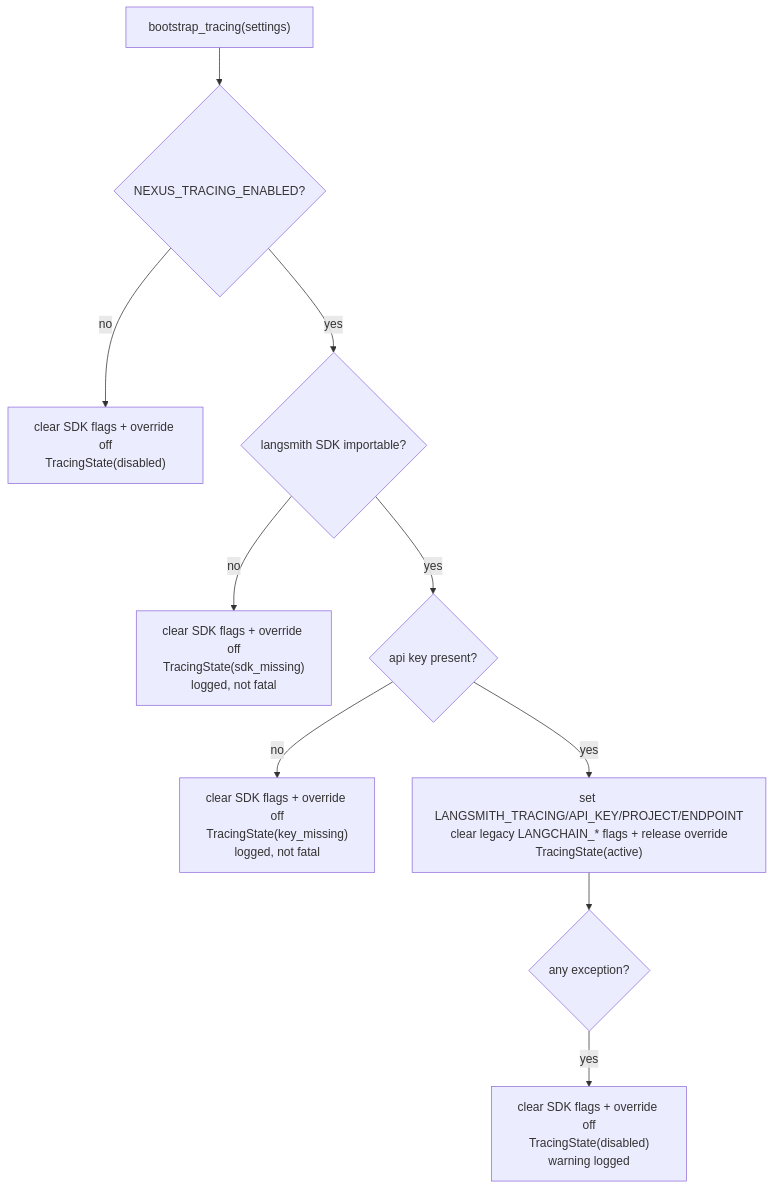
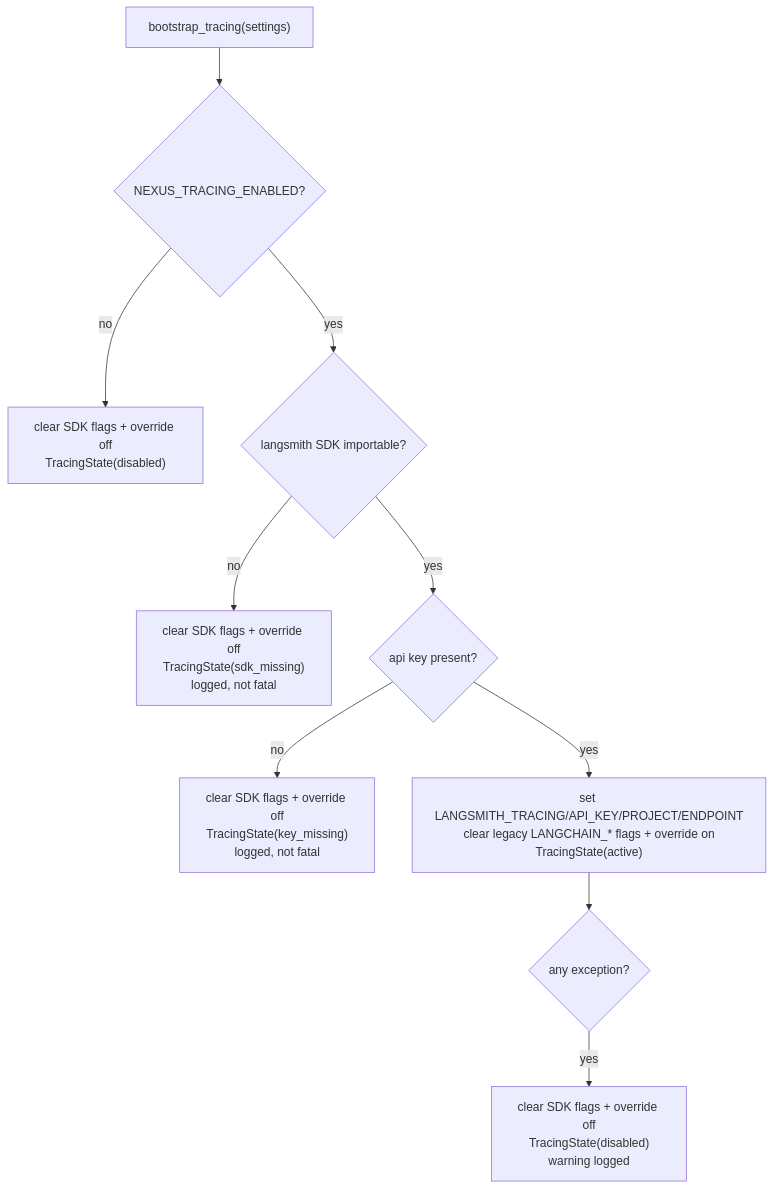
The diagram in docs/architecture/TRACING.md (bot523h/nexus-ai-agent), drawn with Mermaid before and after one commit. The commit also changed other lines of this file and 3 other files, not shown here.

````diff
--- a/docs/architecture/TRACING.md
+++ b/docs/architecture/TRACING.md
@@ -47,12 +47,12 @@
 ```mermaid
 flowchart TD
     start["bootstrap_tracing(settings)"] --> enabled{"NEXUS_TRACING_ENABLED?"}
     enabled -- no --> off["clear SDK flags + override off<br/>TracingState(disabled)"]
     enabled -- yes --> sdk{"langsmith SDK importable?"}
     sdk -- no --> nosdk["clear SDK flags + override off<br/>TracingState(sdk_missing)<br/>logged, not fatal"]
     sdk -- yes --> key{"api key present?"}
     key -- no --> nokey["clear SDK flags + override off<br/>TracingState(key_missing)<br/>logged, not fatal"]
-    key -- yes --> on["set LANGSMITH_TRACING/API_KEY/PROJECT/ENDPOINT<br/>clear legacy LANGCHAIN_* flags + release override<br/>TracingState(active)"]
+    key -- yes --> on["set LANGSMITH_TRACING/API_KEY/PROJECT/ENDPOINT<br/>clear legacy LANGCHAIN_* flags + override on<br/>TracingState(active)"]
     on --> anyfail{"any exception?"}
     anyfail -- yes --> off2["clear SDK flags + override off<br/>TracingState(disabled)<br/>warning logged"]
 ```
````
